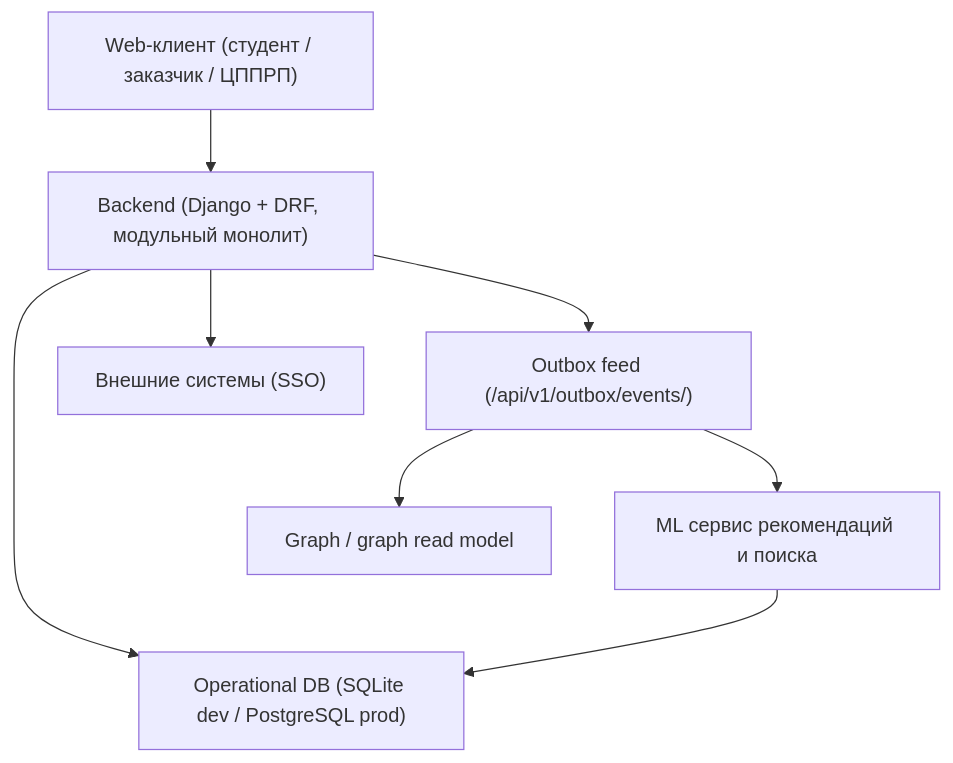
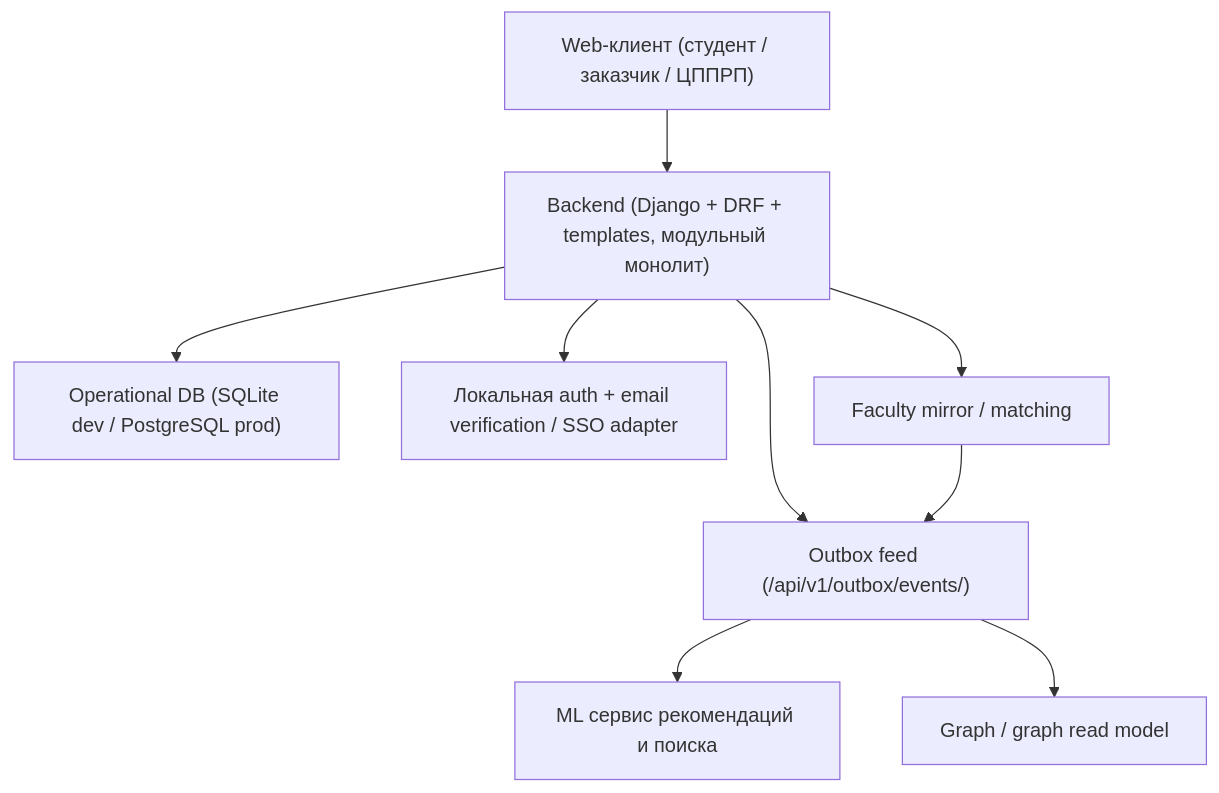
One commit to krevetka-is-afk/Digital-Student-Assistant changed the first of 2 diagrams in docs/architecture/adr/ADR-002.md. Above: the diagram before and after it, drawn with Mermaid. The commit also changed other lines of this file and 12 other files, not shown here.

````diff
--- a/docs/architecture/adr/ADR-002.md
+++ b/docs/architecture/adr/ADR-002.md
@@ -11,18 +11,20 @@
 ```mermaid
 graph TD
     UI["Web-клиент (студент / заказчик / ЦППРП)"]
-    API["Backend (Django + DRF, модульный монолит)"]
+    API["Backend (Django + DRF + templates, модульный монолит)"]
     DB["Operational DB (SQLite dev / PostgreSQL prod)"]
     OUTBOX["Outbox feed (/api/v1/outbox/events/)"]
     MLS["ML сервис рекомендаций и поиска"]
     GRAPH["Graph / graph read model"]
-    EXT["Внешние системы (SSO)"]
+    AUTH["Локальная auth + email verification / SSO adapter"]
+    FAC["Faculty mirror / matching"]
 
     UI --> API
     API --> DB
     API --> OUTBOX
-    API --> EXT
+    API --> AUTH
+    API --> FAC
     OUTBOX --> MLS
     OUTBOX --> GRAPH
-    MLS --> DB
+    FAC --> OUTBOX
 ```
````
